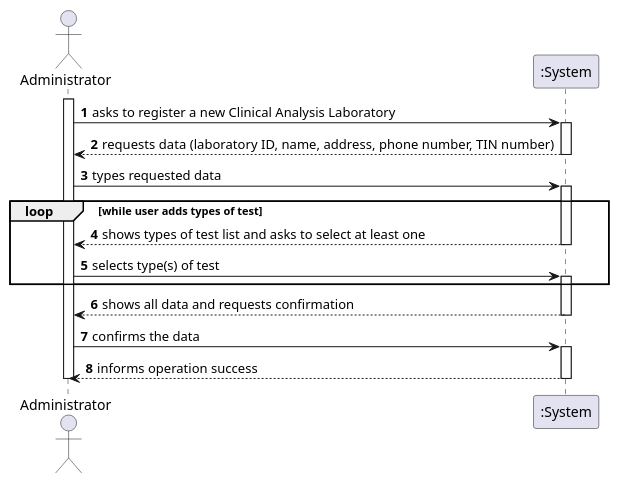
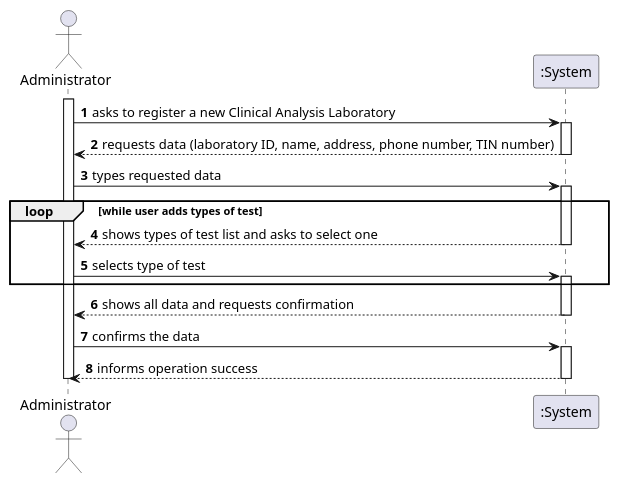
The diagram in docs/SprintB/US_8/US8_SSD.puml (ana-albergaria/LAPR2-ISEP), drawn with PlantUML before and after one commit. The commit also changed 2 other files, not shown here.

Commit message:
Correcting Diagrams due to Dtos

```diff
--- a/docs/SprintB/US_8/US8_SSD.puml
+++ b/docs/SprintB/US_8/US8_SSD.puml
@@ -1,32 +1,32 @@
 @startuml
 autonumber
 actor Administrator as A
 
 activate A
 A -> ":System" : asks to register a new Clinical Analysis Laboratory
 activate ":System"
 ":System" --> A : requests data (laboratory ID, name, address, phone number, TIN number)
 deactivate ":System"
 
 A -> ":System" : types requested data
 activate ":System"
 
 loop while user adds types of test
-":System" --> A : shows types of test list and asks to select at least one
+":System" --> A : shows types of test list and asks to select one
 deactivate ":System"
 
-A -> ":System" : selects type(s) of test
+A -> ":System" : selects type of test
 activate ":System"
 end
 
 ":System" --> A : shows all data and requests confirmation
 deactivate ":System"
 
 A -> ":System" : confirms the data
 activate ":System"
 ":System" --> A : informs operation success
 deactivate ":System"
 
 deactivate A
 
 @enduml
```
